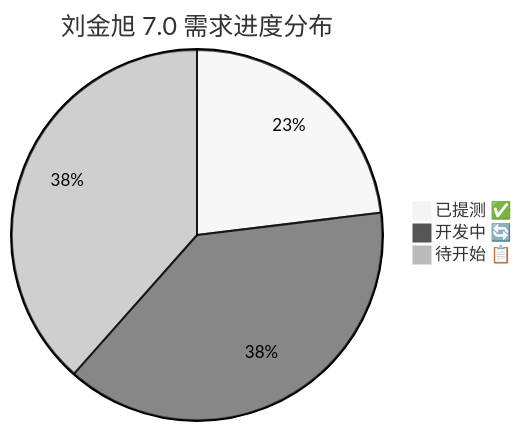
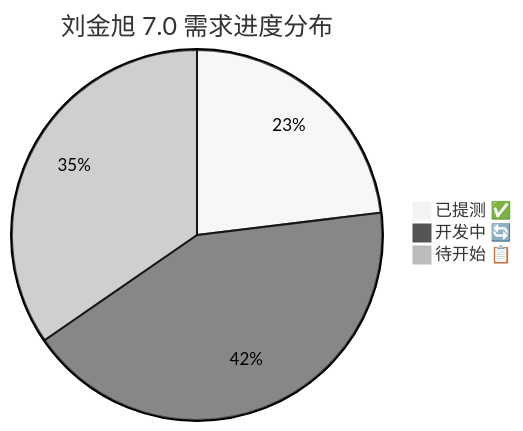
One commit to Junks5020/Obsidian changed the first of 3 diagrams in plan/刘金旭-7.0需求项目规划.md. Above: the diagram before and after it, drawn with Mermaid (neutral theme). The commit also changed other lines of this file and 46 other files, not shown here.

````diff
--- a/plan/刘金旭-7.0需求项目规划.md
+++ b/plan/刘金旭-7.0需求项目规划.md
@@ -28,6 +28,6 @@
 ```mermaid
 pie title 刘金旭 7.0 需求进度分布
     "已提测 ✅" : 6
-    "开发中 🔄" : 10
-    "待开始 📋" : 10
+    "开发中 🔄" : 11
+    "待开始 📋" : 9
 ```
````
